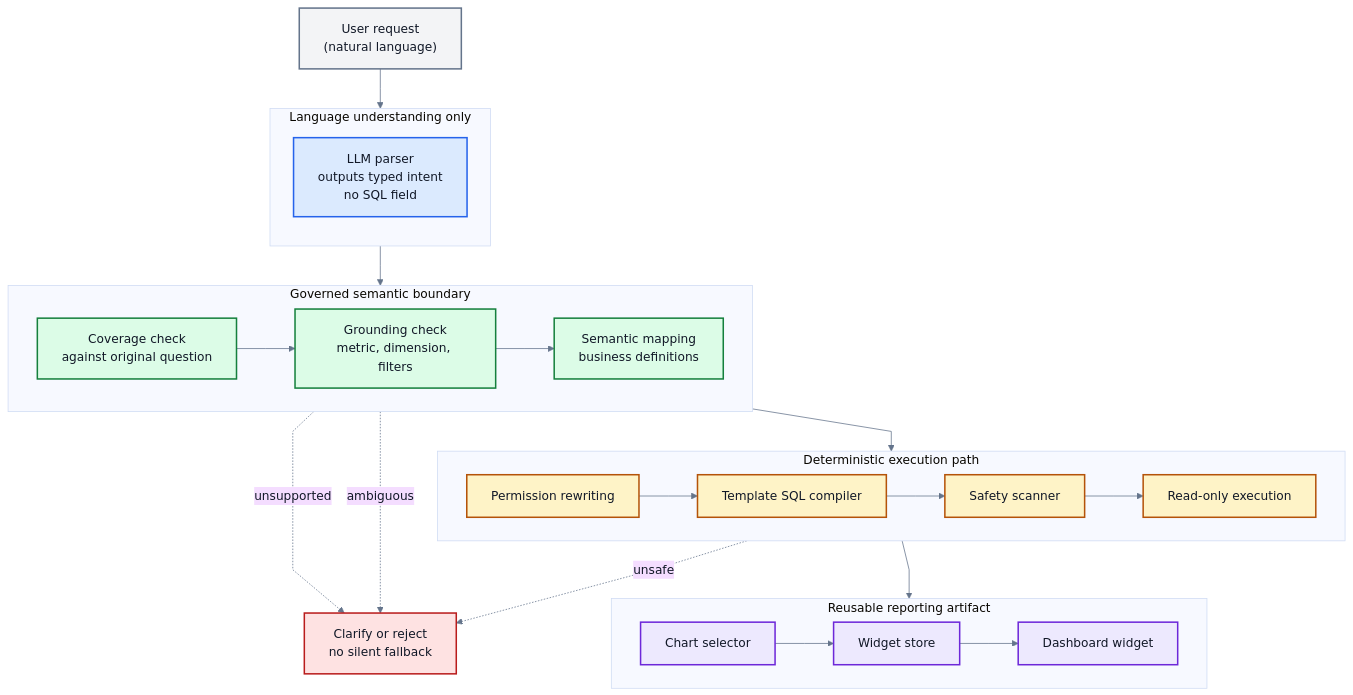
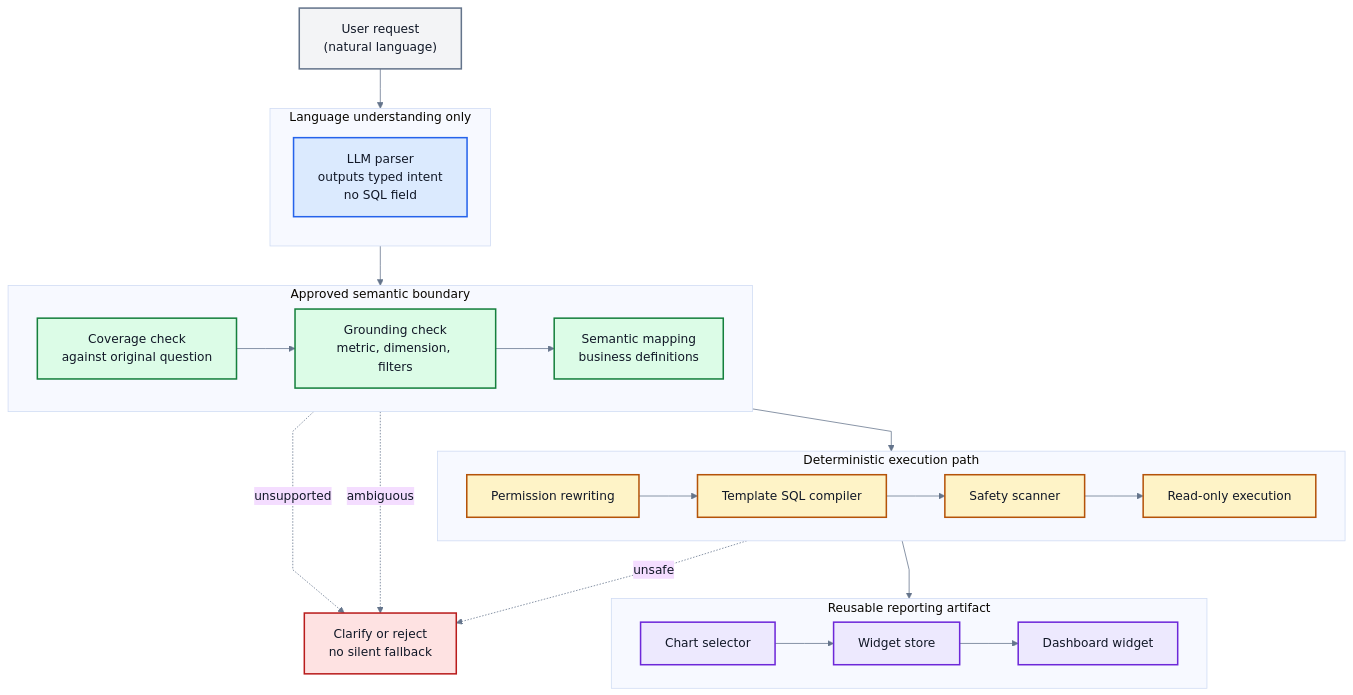
One commit to md-riaz/AEGIS-Research changed the diagram in docs/scripts/thesis_book_generator/figures/source/figure-03-architecture-pipeline.mmd. Above: the diagram before and after it, drawn with Mermaid. The commit also changed 36 other files, not shown here.

```diff
--- a/docs/scripts/thesis_book_generator/figures/source/figure-03-architecture-pipeline.mmd
+++ b/docs/scripts/thesis_book_generator/figures/source/figure-03-architecture-pipeline.mmd
@@ -1,57 +1,57 @@
 %% AEGIS thesis Figure 3 source
 %%{init: {"theme": "base", "themeCSS": ".nodeLabel, .edgeLabel, .cluster-label { font-family: Arial, sans-serif !important; } .nodeLabel { font-size: 16px; } .edgeLabel { font-size: 14px; } .cluster-label { font-weight: 700; }", "themeVariables": {"fontFamily": "Arial, sans-serif", "primaryTextColor": "#111827", "lineColor": "#64748b"}, "flowchart": {"nodeSpacing": 42, "rankSpacing": 52, "curve": "linear", "padding": 16}}}%%
 flowchart TB
     U["User request<br/>(natural language)"]
 
     subgraph AI["Language understanding only"]
       direction TB
       L["LLM parser<br/>outputs typed intent<br/>no SQL field"]
     end
 
-    subgraph GOV["Governed semantic boundary"]
+    subgraph GOV["Approved semantic boundary"]
       direction LR
       C["Coverage check<br/>against original question"]
       G["Grounding check<br/>metric, dimension, filters"]
       S["Semantic mapping<br/>business definitions"]
       C --> G --> S
     end
 
     subgraph DET["Deterministic execution path"]
       direction LR
       P["Permission rewriting"]
       Q["Template SQL compiler"]
       V["Safety scanner"]
       E["Read-only execution"]
       P --> Q --> V --> E
     end
 
     subgraph OUT["Reusable reporting artifact"]
       direction LR
       CH["Chart selector"]
       W["Widget store"]
       D["Dashboard widget"]
       CH --> W --> D
     end
 
     R["Clarify or reject<br/>no silent fallback"]
 
     U --> L --> C
     S --> P
     E --> CH
     C -. unsupported .-> R
     G -. ambiguous .-> R
     V -. unsafe .-> R
 
     classDef user fill:#f3f4f6,stroke:#64748b,color:#111827,stroke-width:2px;
     classDef ai fill:#dbeafe,stroke:#2563eb,color:#111827,stroke-width:2px;
-    classDef governed fill:#dcfce7,stroke:#15803d,color:#111827,stroke-width:2px;
+    classDef Approved fill:#dcfce7,stroke:#15803d,color:#111827,stroke-width:2px;
     classDef deterministic fill:#fef3c7,stroke:#b45309,color:#111827,stroke-width:2px;
     classDef output fill:#ede9fe,stroke:#6d28d9,color:#111827,stroke-width:2px;
     classDef reject fill:#fee2e2,stroke:#b91c1c,color:#111827,stroke-width:2px;
 
     class U user;
     class L ai;
-    class C,G,S governed;
+    class C,G,S Approved;
     class P,Q,V,E deterministic;
     class CH,W,D output;
     class R reject;
```
